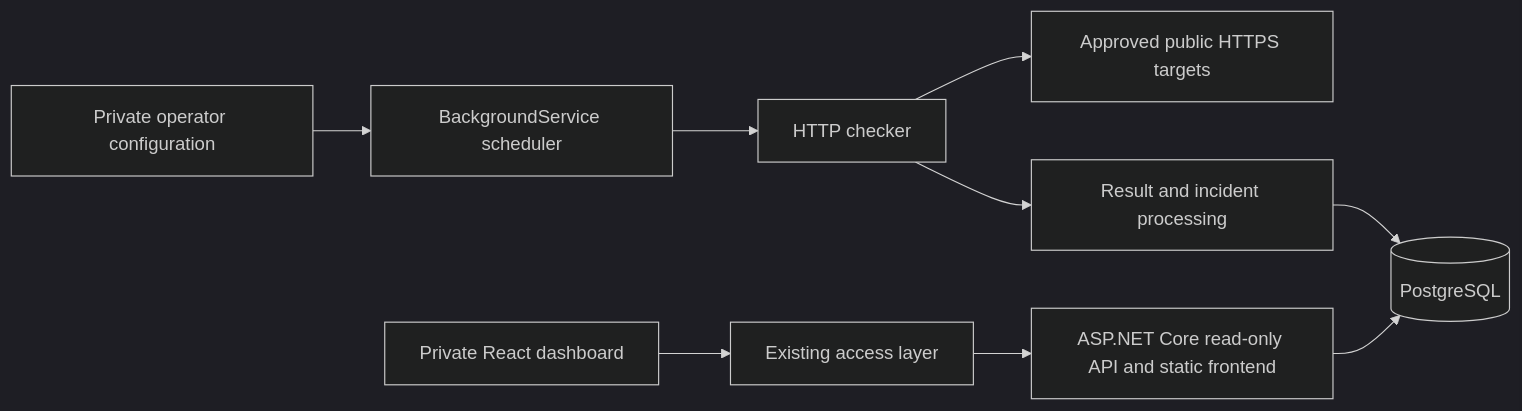
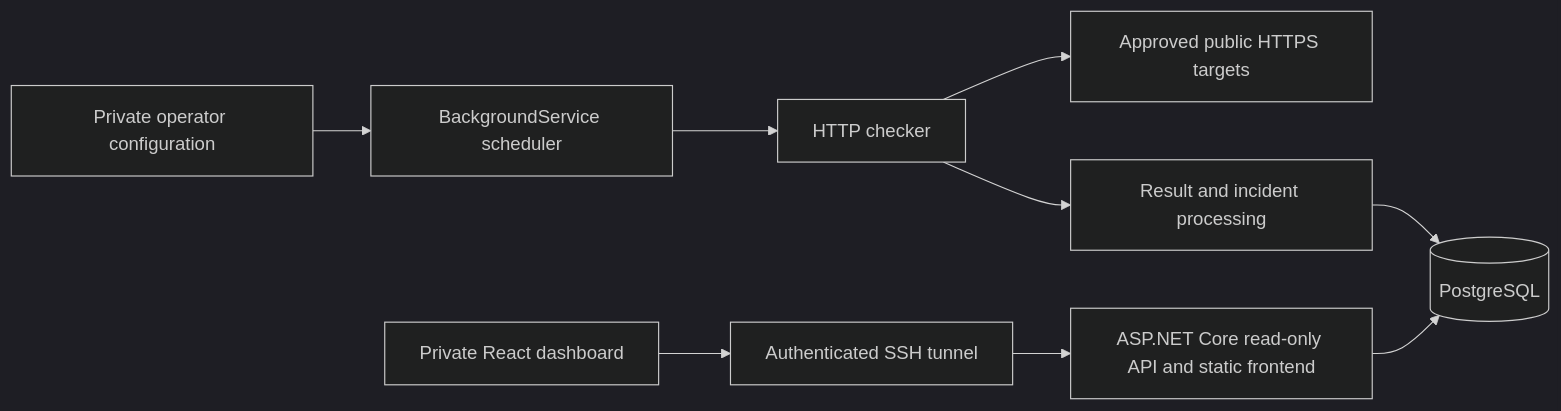
One commit to roopegarcia/uptime-urpo changed the diagram in docs/ARCHITECTURE.md. Above: the diagram before and after it, drawn with Mermaid (dark theme). The commit also changed other lines of this file and 7 other files, not shown here.

````diff
--- a/docs/ARCHITECTURE.md
+++ b/docs/ARCHITECTURE.md
@@ -7,11 +7,11 @@
 ```mermaid
 flowchart LR
     Operator[Private operator configuration] --> Worker[BackgroundService scheduler]
     Worker --> Checker[HTTP checker]
     Checker --> Targets[Approved public HTTPS targets]
     Checker --> Results[Result and incident processing]
     Results --> Database[(PostgreSQL)]
-    Browser[Private React dashboard] --> Access[Existing access layer]
+    Browser[Private React dashboard] --> Access[Authenticated SSH tunnel]
     Access --> App[ASP.NET Core read-only API and static frontend]
     App --> Database
 ```
````
